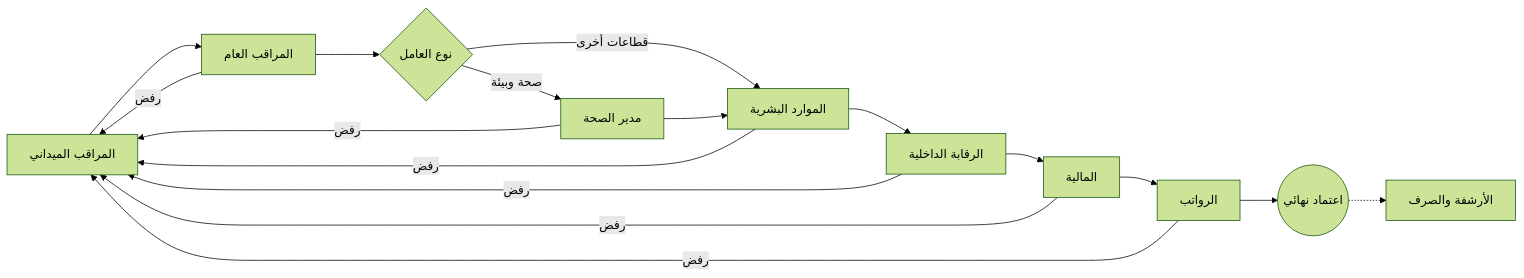
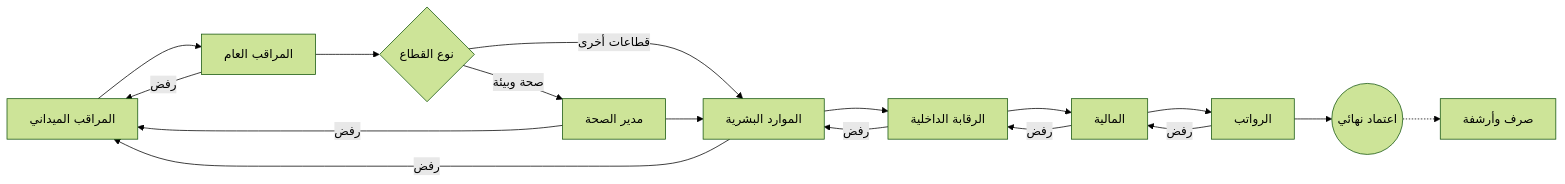
The diagram in README.md (Abdoocoder/tayid-aldawam), drawn with Mermaid (forest theme) before and after one commit. The commit also changed other lines of this file and 1 other file, not shown here.

````diff
--- a/README.md
+++ b/README.md
@@ -66,19 +66,20 @@
 ```mermaid
 graph LR
     A[المراقب الميداني] --> B[المراقب العام]
-    B --> C{نوع العامل}
+    B --> C{نوع القطاع}
     C -- صحة وبيئة --> D[مدير الصحة]
     C -- قطاعات أخرى --> E[الموارد البشرية]
     D --> E
     E --> F[الرقابة الداخلية]
     F --> G[المالية]
     G --> H[الرواتب]
     H --> I((اعتماد نهائي))
-    I -.-> J[الأرشفة والصرف]
+    I -.-> J[صرف وأرشفة]
+    
     B -- رفض --> A
     D -- رفض --> A
     E -- رفض --> A
-    F -- رفض --> A
-    G -- رفض --> A
-    H -- رفض --> A
+    F -- رفض --> E
+    G -- رفض --> F
+    H -- رفض --> G
 ```
````
